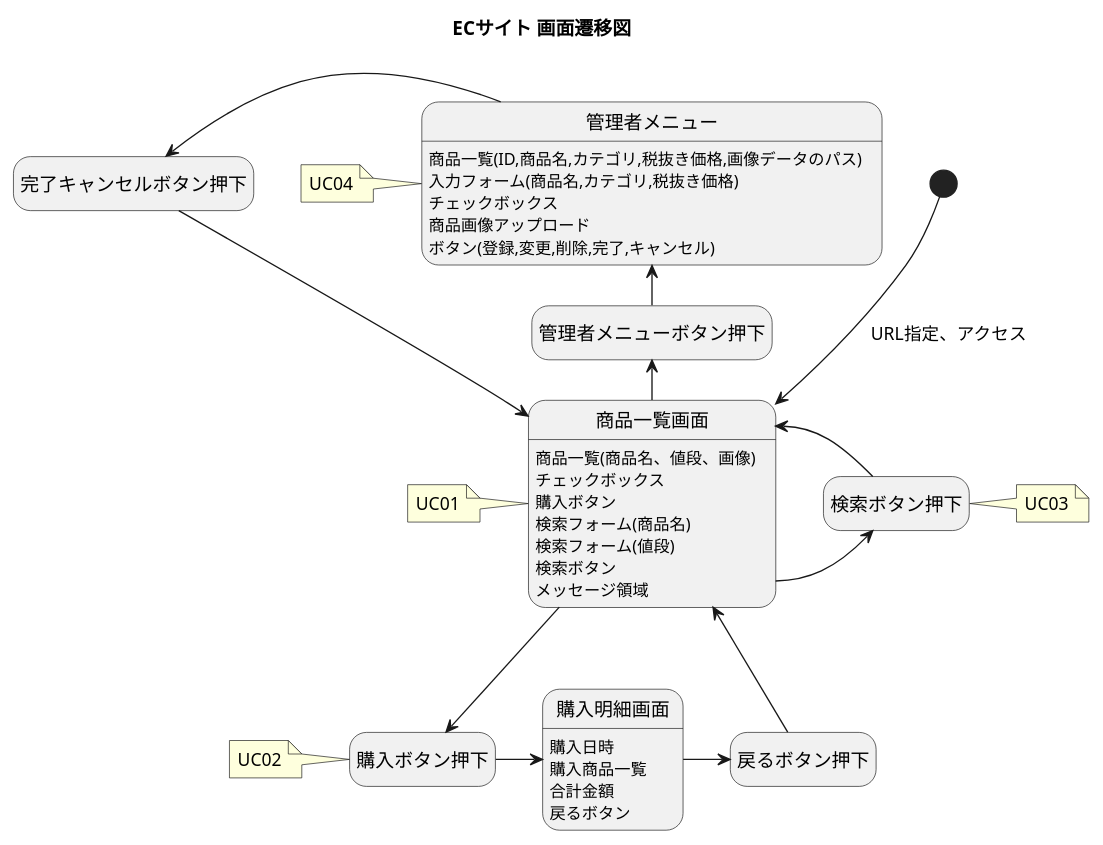
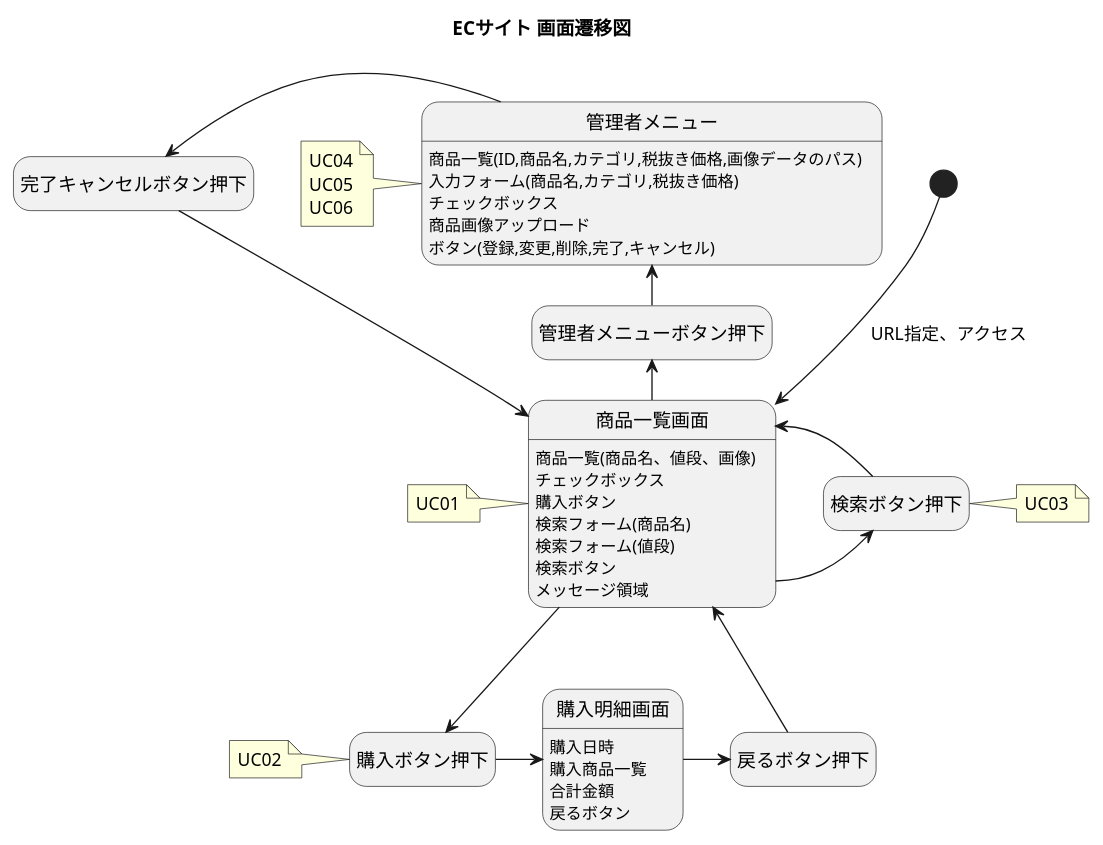
The diagram in UseCase/ScreenTransition.puml (wnakayama/ojt_ecsite), drawn with PlantUML before and after one commit. The commit also changed 3 other files, not shown here.

```diff
--- a/UseCase/ScreenTransition.puml
+++ b/UseCase/ScreenTransition.puml
@@ -1,51 +1,53 @@
 @startuml
 title ECサイト 画面遷移図
 hide empty description
 
 [*] --> 商品一覧画面 : URL指定、アクセス 
 商品一覧画面 : 商品一覧(商品名、値段、画像)
 商品一覧画面 : チェックボックス
 商品一覧画面 : 購入ボタン
 商品一覧画面 : 検索フォーム(商品名)
 商品一覧画面 : 検索フォーム(値段)
 商品一覧画面 : 検索ボタン
 商品一覧画面 : メッセージ領域
 
 note left of 商品一覧画面
 UC01
 end note
 
 商品一覧画面 --> 購入ボタン押下
 note left of 購入ボタン押下
 UC02
 end note
 
 購入ボタン押下 -right-> 購入明細画面
 購入明細画面 : 購入日時
 購入明細画面 : 購入商品一覧
 購入明細画面 : 合計金額
 購入明細画面 : 戻るボタン
 
 購入明細画面 -right-> 戻るボタン押下
 戻るボタン押下 --> 商品一覧画面
 
 商品一覧画面 -right-> 検索ボタン押下
 検索ボタン押下 -left-> 商品一覧画面
 note right of 検索ボタン押下
 UC03
 end note
 
 商品一覧画面 -left-> 管理者メニューボタン押下
 管理者メニューボタン押下 -left-> 管理者メニュー
 管理者メニュー : 商品一覧(ID,商品名,カテゴリ,税抜き価格,画像データのパス)
 管理者メニュー : 入力フォーム(商品名,カテゴリ,税抜き価格)
 管理者メニュー : チェックボックス
 管理者メニュー : 商品画像アップロード
 管理者メニュー : ボタン(登録,変更,削除,完了,キャンセル)
 管理者メニュー -left-> 完了キャンセルボタン押下 
 完了キャンセルボタン押下 --> 商品一覧画面
 
 note left of 管理者メニュー
 UC04
+UC05
+UC06
 end note
 @enduml
```
